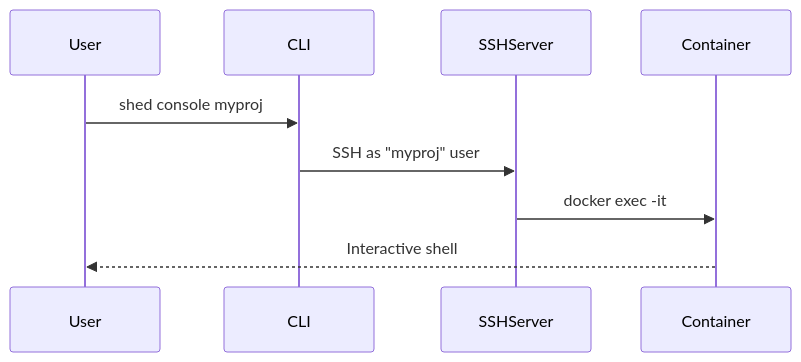
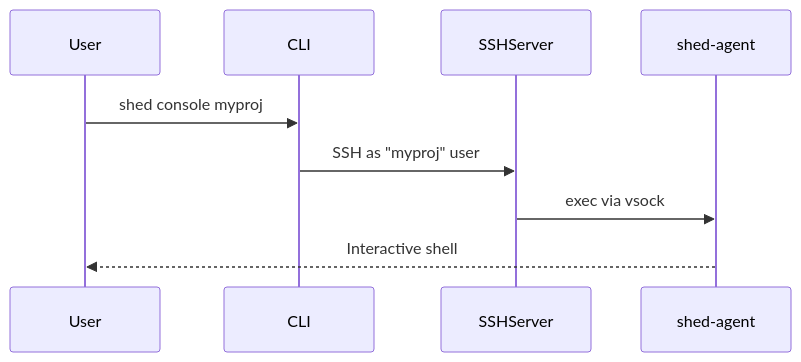
One commit to charliek/shed changed the fifth of 6 diagrams in docs/development/architecture.md. Above: the diagram before and after it, drawn with Mermaid. The commit also changed other lines of this file and 53 other files, not shown here.

````diff
--- a/docs/development/architecture.md
+++ b/docs/development/architecture.md
@@ -201,12 +157,12 @@
 ```mermaid
 sequenceDiagram
     participant User
     participant CLI
     participant SSHServer
-    participant Container
+    participant Agent as shed-agent
 
     User->>CLI: shed console myproj
     CLI->>SSHServer: SSH as "myproj" user
-    SSHServer->>Container: docker exec -it
-    Container-->>User: Interactive shell
+    SSHServer->>Agent: exec via vsock
+    Agent-->>User: Interactive shell
 ```
````
